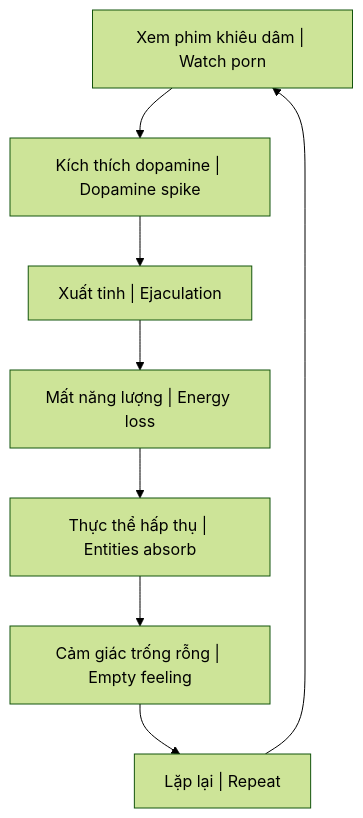
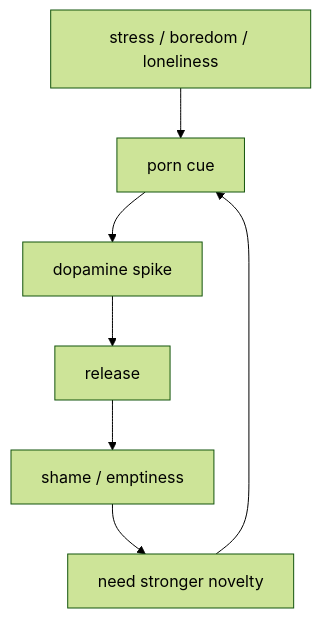
The diagram in politics-conspiracy/Sự Thật Đen Tối Về Phim Khiêu Dâm.md (dyukahi/knowledge), drawn with Mermaid (forest theme) before and after one commit. The commit also changed other lines of this file and 5 other files, not shown here.

````diff
--- a/politics-conspiracy/Sự Thật Đen Tối Về Phim Khiêu Dâm.md
+++ b/politics-conspiracy/Sự Thật Đen Tối Về Phim Khiêu Dâm.md
@@ -91,13 +62,10 @@
 ```mermaid
 flowchart TD
-    A["Xem phim khiêu dâm | Watch porn"]
-    B["Kích thích dopamine | Dopamine spike"]
-    C["Xuất tinh | Ejaculation"]
-    D["Mất năng lượng | Energy loss"]
-    E["Thực thể hấp thụ | Entities absorb"]
-    F["Cảm giác trống rỗng | Empty feeling"]
-    G["Lặp lại | Repeat"]
-    
-    A --> B --> C --> D --> E --> F --> G
-    G --> A
+    A["stress / boredom / loneliness"]
+    B["porn cue"]
+    C["dopamine spike"]
+    D["release"]
+    E["shame / emptiness"]
+    F["need stronger novelty"]
+    A --> B --> C --> D --> E --> F --> B
 ```
````
